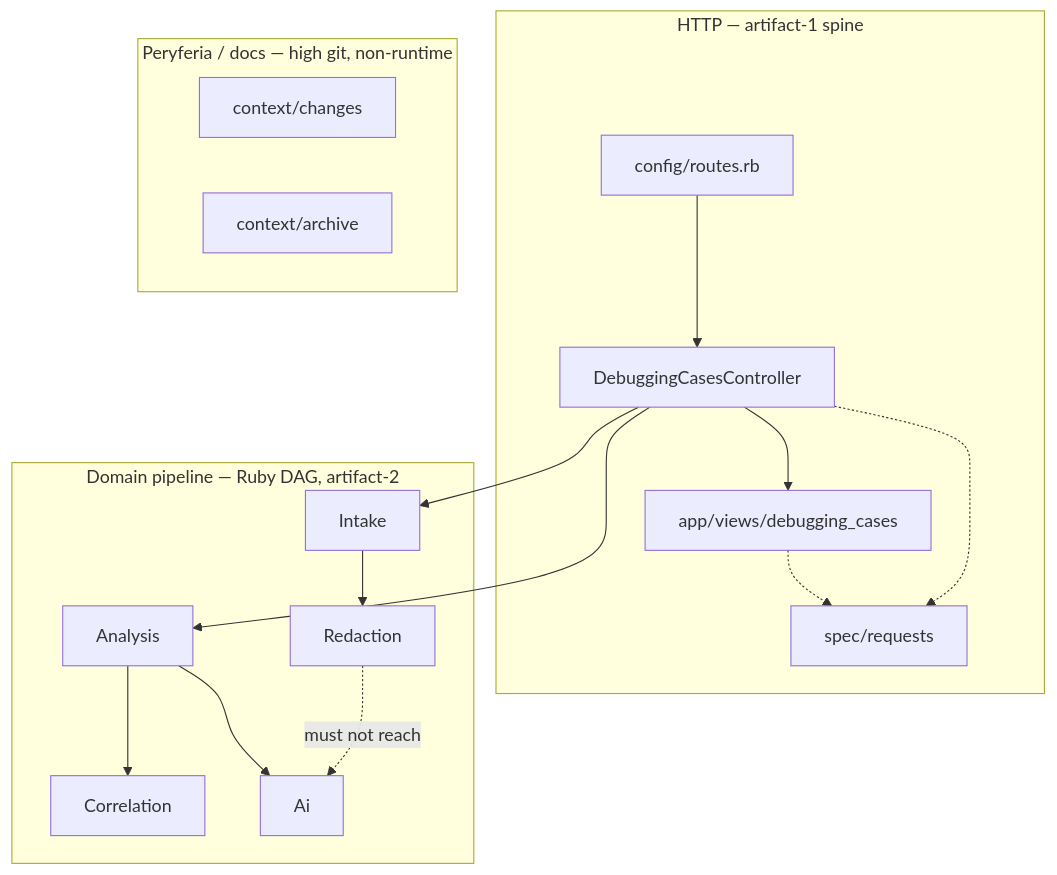
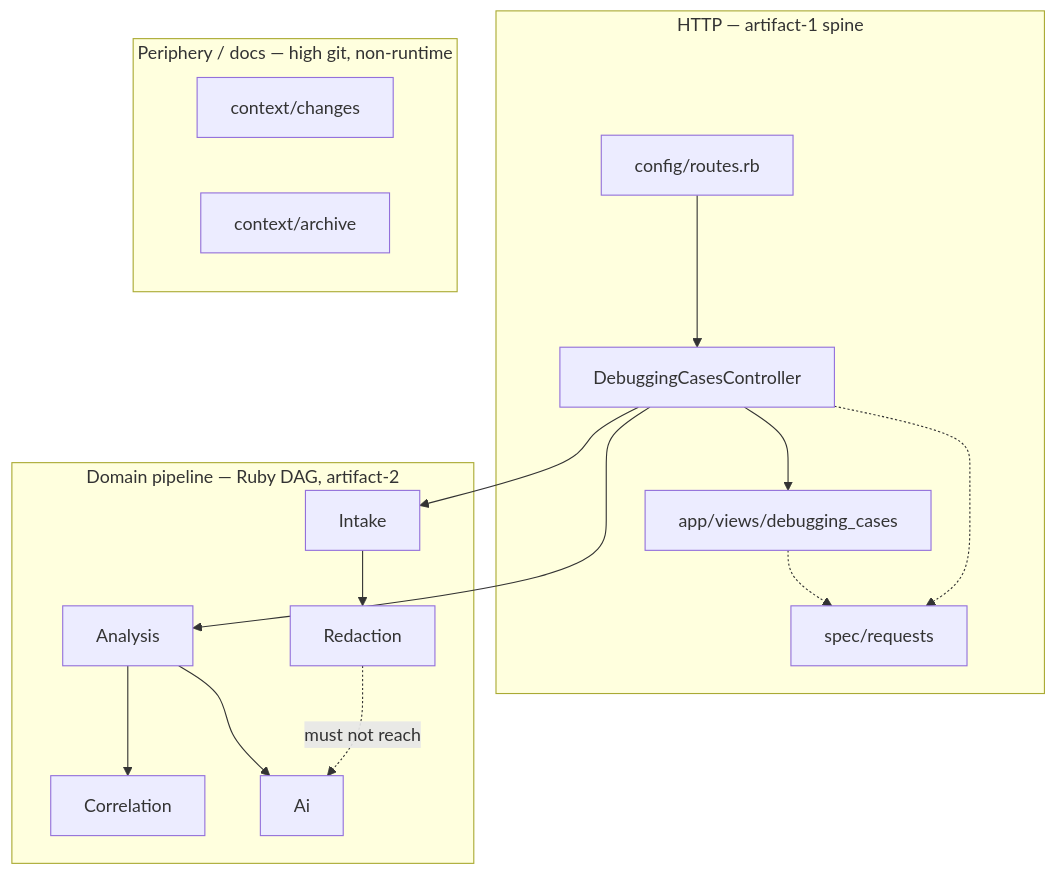
The diagram in context/map/repo-map.md (szymoniwacz/safelog-ai), drawn with Mermaid before and after one commit. The commit also changed other lines of this file and 12 other files, not shown here.

````diff
--- a/context/map/repo-map.md
+++ b/context/map/repo-map.md
@@ -18,24 +18,24 @@
 ```mermaid
 flowchart TB
   subgraph http [HTTP — artifact-1 spine]
     Routes[config/routes.rb]
     Ctrl[DebuggingCasesController]
     Views[app/views/debugging_cases]
     ReqSpec[spec/requests]
   end
   subgraph domain [Domain pipeline — Ruby DAG, artifact-2]
     Intake --> Redaction
     Analysis --> Correlation
     Analysis --> Ai
   end
-  subgraph outer [Peryferia / docs — high git, non-runtime]
+  subgraph outer [Periphery / docs — high git, non-runtime]
     CtxChanges[context/changes]
     CtxArch[context/archive]
   end
   Routes --> Ctrl --> Views
   Ctrl --> Intake
   Ctrl --> Analysis
   Views -.-> ReqSpec
   Ctrl -.-> ReqSpec
   Redaction -.->|must not reach| Ai
 ```
````
